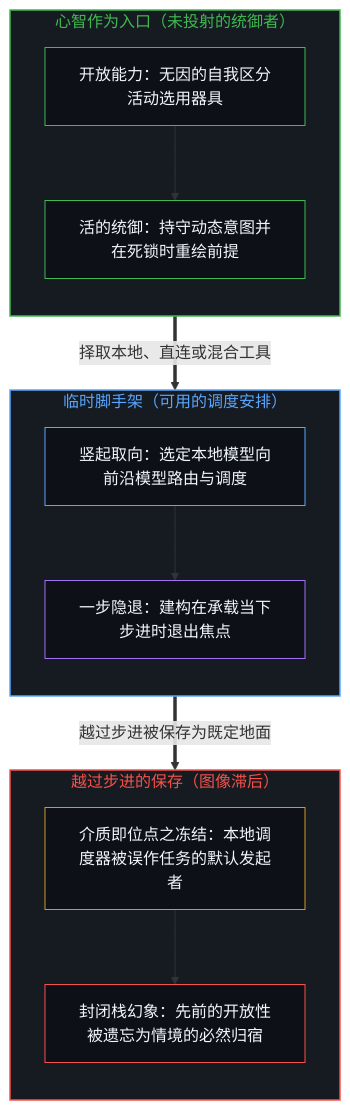
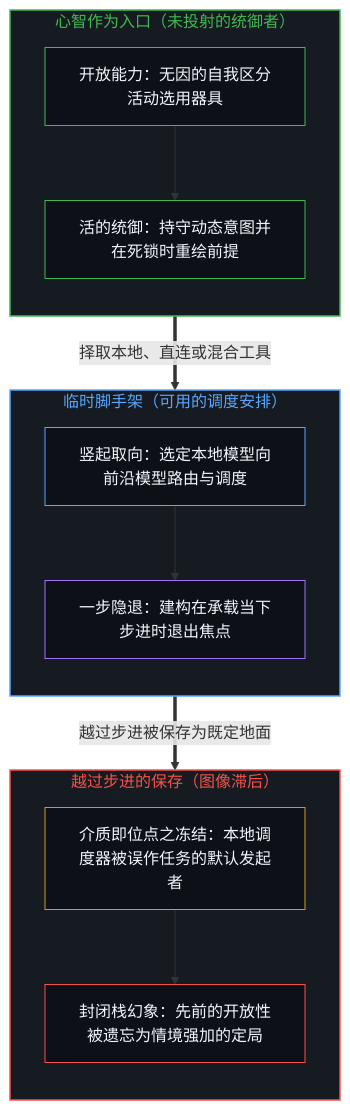
Before and after one commit to powerpig99/not-a-toe: the first of 2 diagrams in content/posts/the-scaffolding-we-forget-local-models-as-default.md, drawn with Mermaid. The commit also changed other lines of this file and 13 other files, not shown here.

````diff
--- a/content/posts/the-scaffolding-we-forget-local-models-as-default.md
+++ b/content/posts/the-scaffolding-we-forget-local-models-as-default.md
@@ -39,32 +39,32 @@
 ```mermaid
 flowchart TD
     subgraph S_Edge["心智作为入口（未投射的统御者）"]
         direction TB
         E_Cap["开放能力：无因的自我区分活动选用器具"]
         E_Orch["活的统御：持守动态意图并在死锁时重绘前提"]
         E_Cap --> E_Orch
     end
     subgraph S_Scaf["临时脚手架（可用的调度安排）"]
         direction TB
         D_Erect["竖起取向：选定本地模型向前沿模型路由与调度"]
         D_Drop["一步隐退：建构在承载当下步进时退出焦点"]
         D_Erect --> D_Drop
     end
     subgraph S_Lag["越过步进的保存（图像滞后）"]
         direction TB
         L_Freeze["介质即位点之冻结：本地调度器被误作任务的默认发起者"]
-        L_Close["封闭栈幻象：先前的开放性被遗忘为情境的必然归宿"]
+        L_Close["封闭栈幻象：先前的开放性被遗忘为情境强加的定局"]
         L_Freeze --> L_Close
     end
     E_Orch ==>|"择取本地、直连或混合工具"| D_Erect
     D_Drop ==>|"越过步进被保存为既定地面"| L_Freeze
     style S_Edge fill:#161b22,stroke:#3fb950,stroke-width:1.5px,color:#3fb950
     style S_Scaf fill:#161b22,stroke:#58a6ff,stroke-width:1.5px,color:#58a6ff
     style S_Lag fill:#161b22,stroke:#f85149,stroke-width:1.5px,color:#f85149
     style E_Cap fill:#0d1117,stroke:#3fb950,stroke-width:1px,color:#f0f6fc
     style E_Orch fill:#0d1117,stroke:#3fb950,stroke-width:1px,color:#f0f6fc
     style D_Erect fill:#0d1117,stroke:#58a6ff,stroke-width:1px,color:#f0f6fc
     style D_Drop fill:#0d1117,stroke:#a371f7,stroke-width:1px,color:#f0f6fc
     style L_Freeze fill:#0d1117,stroke:#d29922,stroke-width:1px,color:#f0f6fc
     style L_Close fill:#0d1117,stroke:#f85149,stroke-width:1px,color:#f0f6fc
 ```
````
